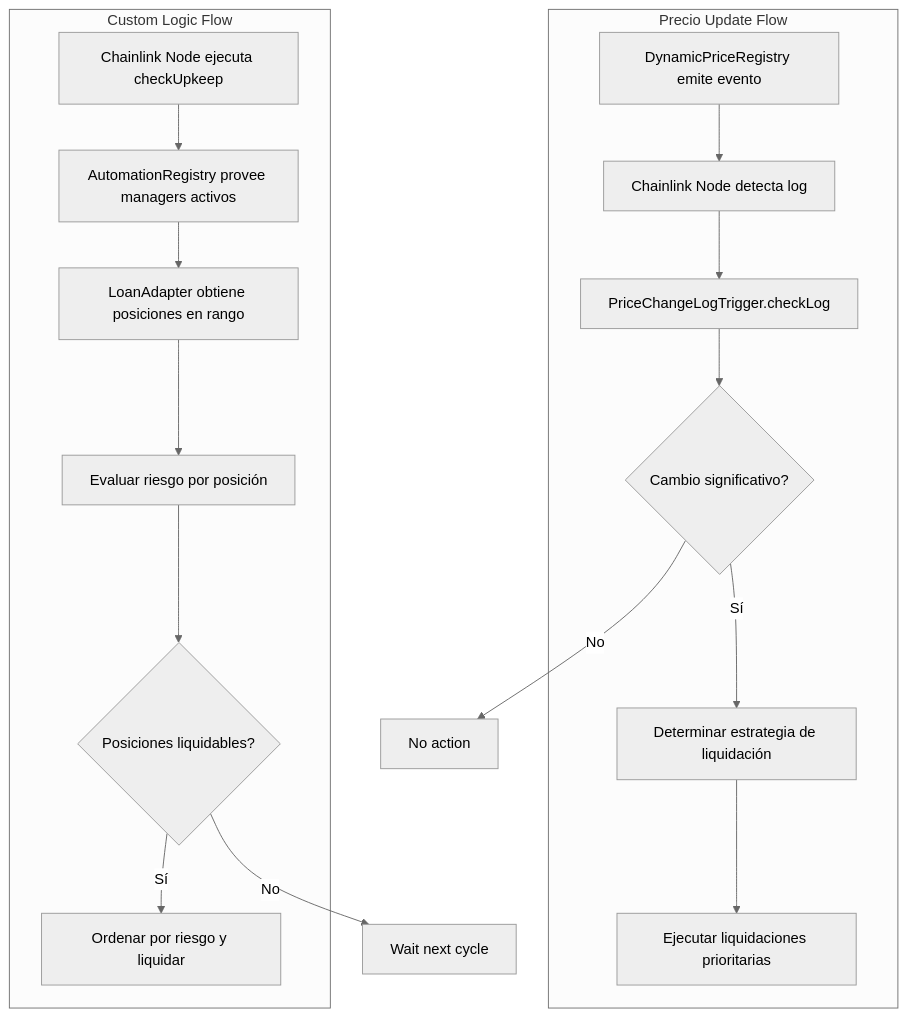
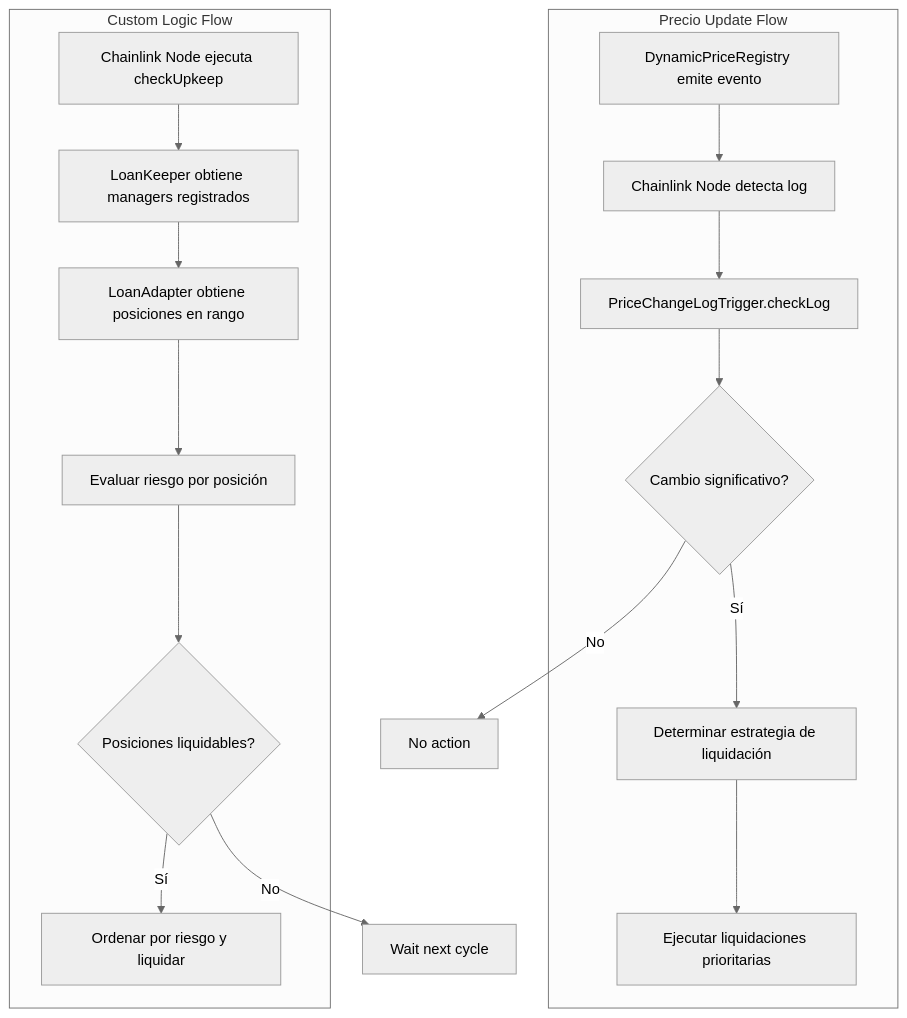
Before and after one commit to rofergon/Vcop-Collateral-system-hook-main: the diagram in src/automation/README.md, drawn with Mermaid (neutral theme). The commit also changed other lines of this file, not shown here.

Commit message:
refactor: Revise README.md for automation components - Updated section headings and descriptions for clarity, streamlined the architecture overview, and enhanced details on internal loan manager registration and priority systems in `LoanAutomationKeeperOptimized` and `PriceChangeLogTrigger`.

````diff
--- a/src/automation/README.md
+++ b/src/automation/README.md
@@ -126,28 +126,28 @@
 ```mermaid
 flowchart TB
     subgraph "Precio Update Flow"
         A[DynamicPriceRegistry emite evento] 
         B[Chainlink Node detecta log]
         C[PriceChangeLogTrigger.checkLog]
         D{Cambio significativo?}
         E[Determinar estrategia de liquidación]
         F[Ejecutar liquidaciones prioritarias]
     end
     
     subgraph "Custom Logic Flow"  
         G[Chainlink Node ejecuta checkUpkeep]
-        H[AutomationRegistry provee managers activos]
+        H[LoanKeeper obtiene managers registrados]
         I[LoanAdapter obtiene posiciones en rango]
         J[Evaluar riesgo por posición]
         K{Posiciones liquidables?}
         L[Ordenar por riesgo y liquidar]
     end
     
     A --> B --> C --> D
     D -->|Sí| E --> F
     D -->|No| M[No action]
     
     G --> H --> I --> J --> K
     K -->|Sí| L
     K -->|No| N[Wait next cycle]
 ```
````
